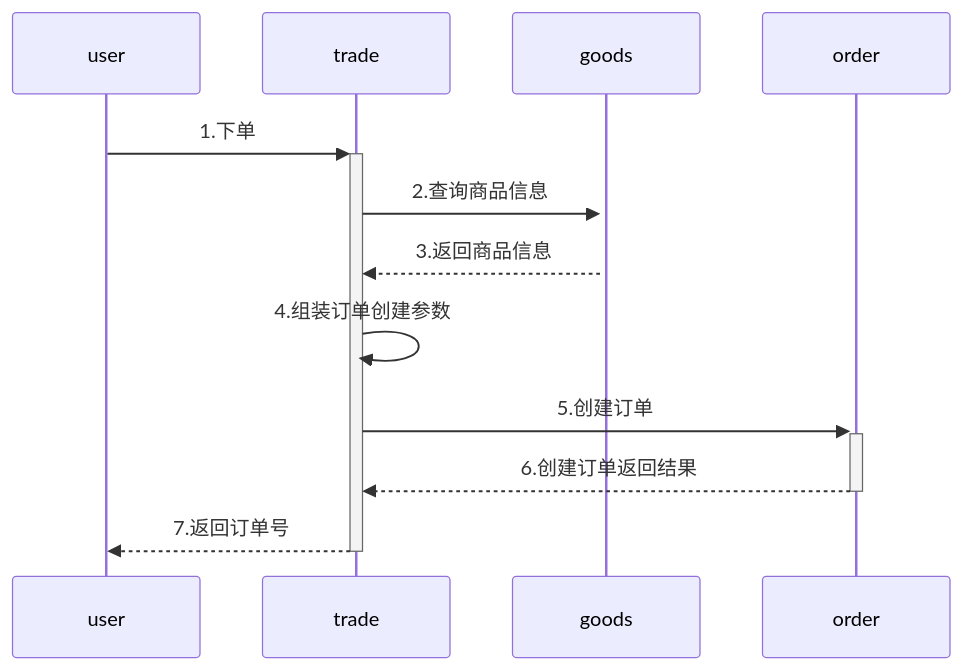
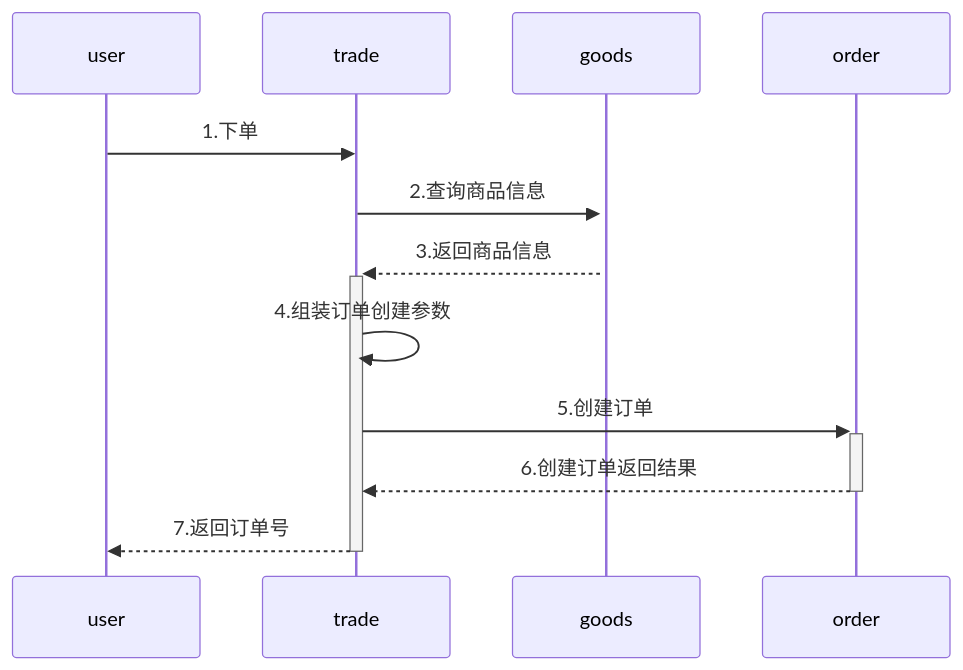
Before and after one commit to yingjianzh/iodraw-files: the diagram in all/未命名-6.md, drawn with Mermaid.

Commit message:
2024-08-19 15:40:05 update

````diff
--- a/all/未命名-6.md
+++ b/all/未命名-6.md
@@ -1,10 +1,10 @@
 ```mermaid
 sequenceDiagram
-    user->>+trade: 1.下单
+    user->>trade: 1.下单
     trade->>+goods: 2.查询商品信息
-    goods-->>trade: 3.返回商品信息
+    goods-->>+trade: 3.返回商品信息
     trade->>trade: 4.组装订单创建参数
     trade->>+order: 5.创建订单
     order-->>-trade: 6.创建订单返回结果
     trade-->>-user: 7.返回订单号
 ```
````
